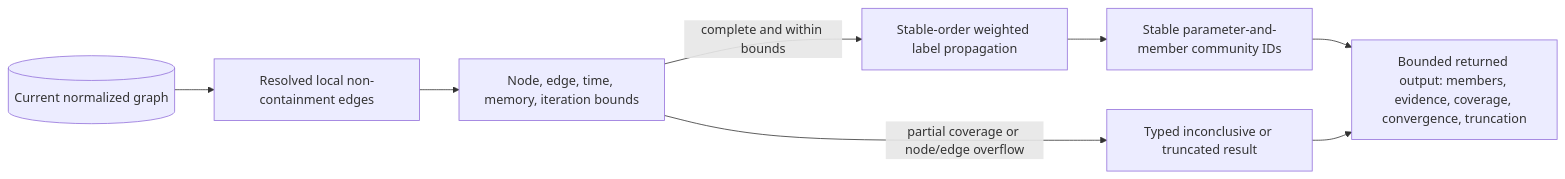
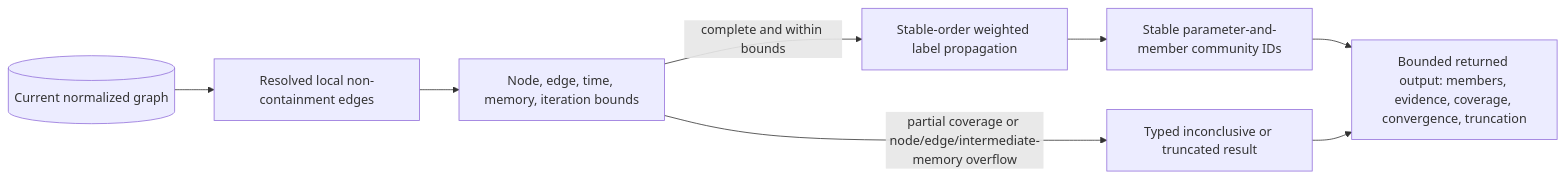
One commit to styler-ai/ProjectAtlas changed the ninth of 25 diagrams in docs/v050-release-architecture.md. Above: the diagram before and after it, drawn with Mermaid. The commit also changed 2 other files, not shown here.

Commit message:
fix(analysis): bound community projections (#464)

````diff
--- a/docs/v050-release-architecture.md
+++ b/docs/v050-release-architecture.md
@@ -128,10 +128,10 @@
 ```mermaid
 flowchart LR
     normalized_graph[(Current normalized graph)] --> admit[Resolved local non-containment edges]
     admit --> bound[Node, edge, time, memory, iteration bounds]
     bound -->|complete and within bounds| labels[Stable-order weighted label propagation]
-    bound -->|partial coverage or node/edge overflow| uncertain[Typed inconclusive or truncated result]
+    bound -->|partial coverage or node/edge/intermediate-memory overflow| uncertain[Typed inconclusive or truncated result]
     labels --> ids[Stable parameter-and-member community IDs]
     ids --> result[Bounded returned output: members, evidence, coverage, convergence, truncation]
     uncertain --> result
 ```
````
